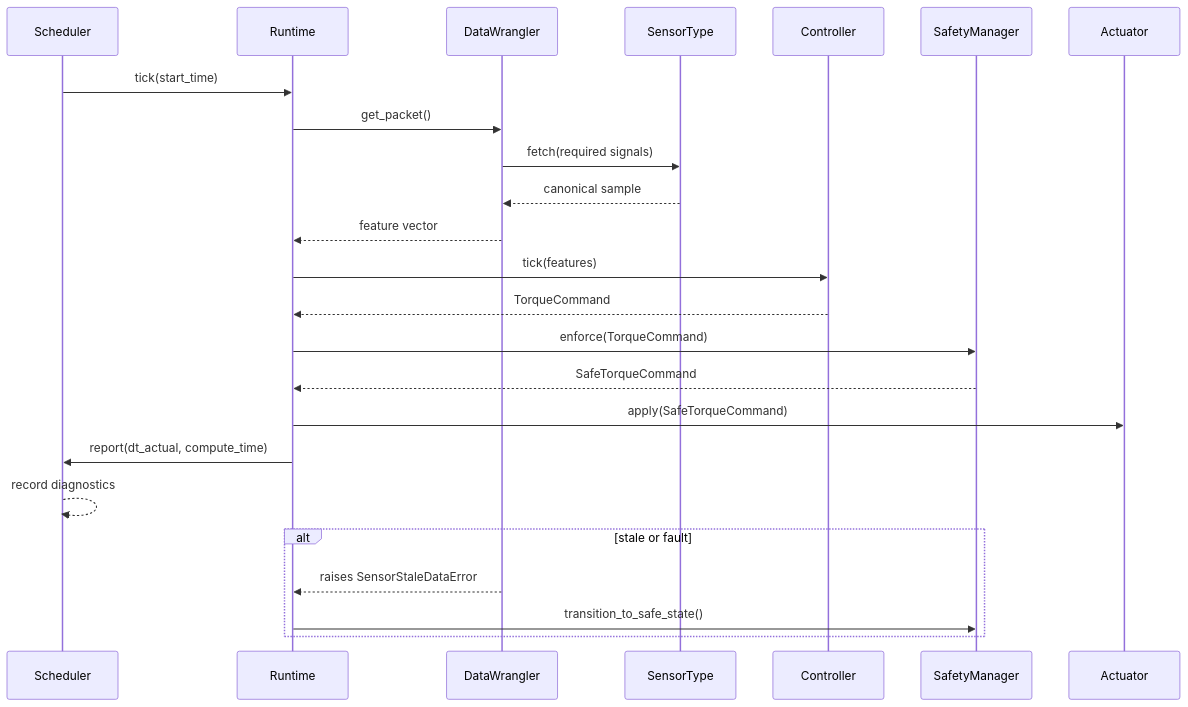
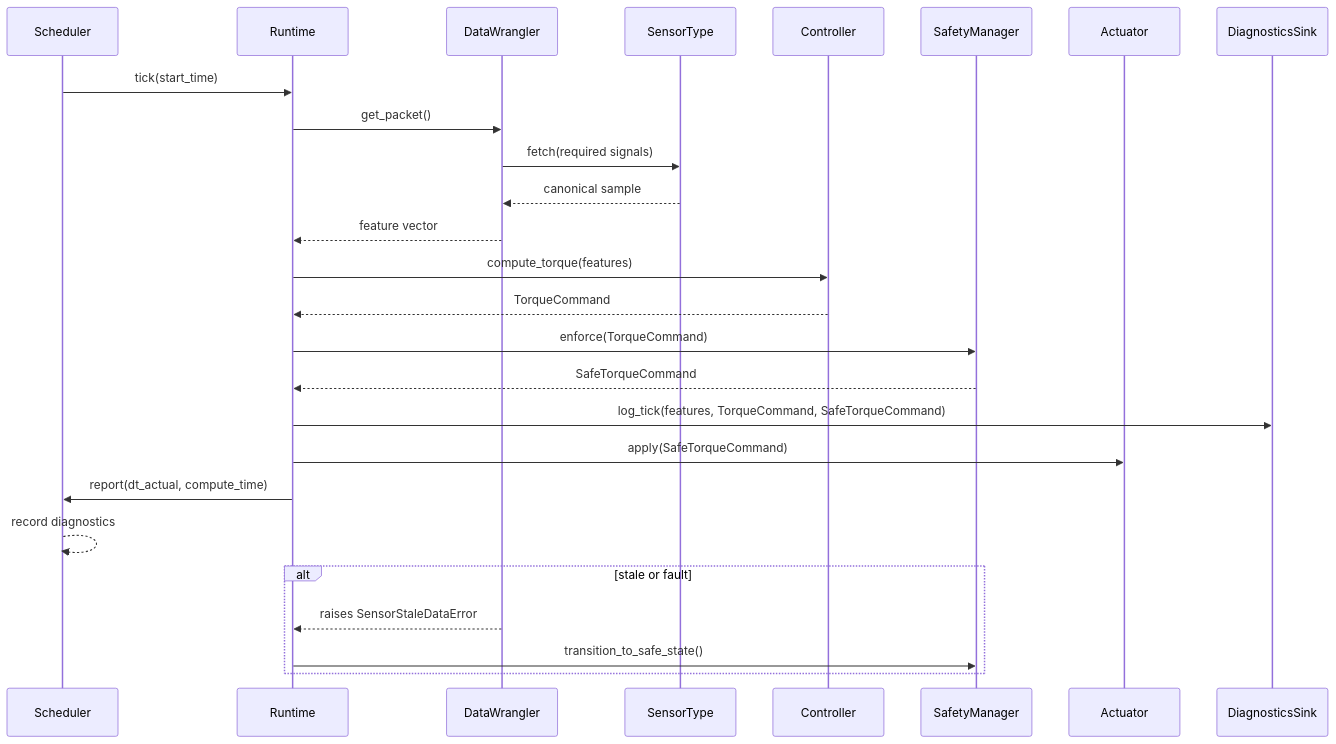
Before and after one commit to jmontp/raspberry-pi-controller-runtime: the fourth of 6 diagrams in docs/architecture.md, drawn with Mermaid. The commit also changed other lines of this file, not shown here.

Commit message:
docs: expand architecture documentation

````diff
--- a/docs/architecture.md
+++ b/docs/architecture.md
@@ -127,27 +265,29 @@
 ```mermaid
 sequenceDiagram
     participant Scheduler
     participant Runtime
     participant Wrangler as DataWrangler
     participant SensorType
     participant Controller
     participant Safety as SafetyManager
     participant Actuator
+    participant Diagnostics as DiagnosticsSink
 
     Scheduler->>Runtime: tick(start_time)
     Runtime->>Wrangler: get_packet()
     Wrangler->>SensorType: fetch(required signals)
     SensorType-->>Wrangler: canonical sample
     Wrangler-->>Runtime: feature vector
-    Runtime->>Controller: tick(features)
+    Runtime->>Controller: compute_torque(features)
     Controller-->>Runtime: TorqueCommand
     Runtime->>Safety: enforce(TorqueCommand)
     Safety-->>Runtime: SafeTorqueCommand
+    Runtime->>Diagnostics: log_tick(features, TorqueCommand, SafeTorqueCommand)
     Runtime->>Actuator: apply(SafeTorqueCommand)
     Runtime->>Scheduler: report(dt_actual, compute_time)
     Scheduler-->>Scheduler: record diagnostics
     alt stale or fault
         Wrangler-->>Runtime: raises SensorStaleDataError
         Runtime->>Safety: transition_to_safe_state()
     end
 ```
````
